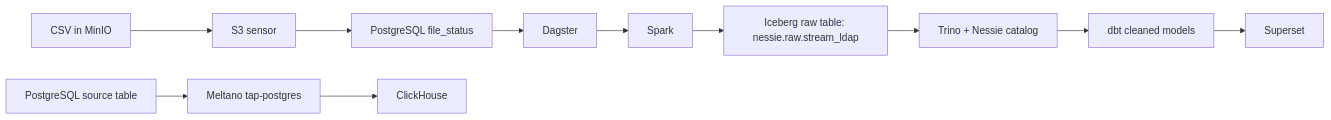
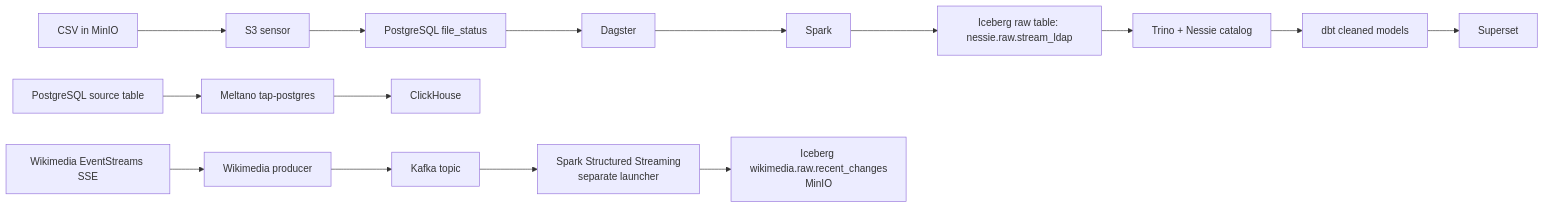
The second of 2 diagrams in DATA_PLATFORM_CONTEXT.md (safi-io/modern-data-lineage), drawn with Mermaid before and after one commit. The commit also changed other lines of this file, not shown here.

````diff
--- a/DATA_PLATFORM_CONTEXT.md
+++ b/DATA_PLATFORM_CONTEXT.md
@@ -1127,13 +1217,17 @@
 ```mermaid
 flowchart LR
     CSV[CSV in MinIO] --> S3Sensor[S3 sensor]
     S3Sensor --> FileStatus[PostgreSQL file_status]
     FileStatus --> Dagster[Dagster]
     Dagster --> Spark[Spark]
     Spark --> Raw[Iceberg raw table: nessie.raw.stream_ldap]
     Raw --> Trino[Trino + Nessie catalog]
     Trino --> DBT[dbt cleaned models]
     DBT --> Superset[Superset]
     PG[PostgreSQL source table] --> Meltano[Meltano tap-postgres]
     Meltano --> CH[ClickHouse]
+    SSE[Wikimedia EventStreams SSE] --> Producer[Wikimedia producer]
+    Producer --> Kafka[Kafka topic]
+    Kafka --> StreamSpark[Spark Structured Streaming<br/>separate launcher]
+    StreamSpark --> StreamIceberg[Iceberg wikimedia.raw.recent_changes<br/>MinIO]
 ```
````
